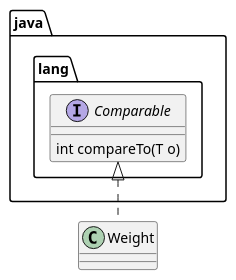
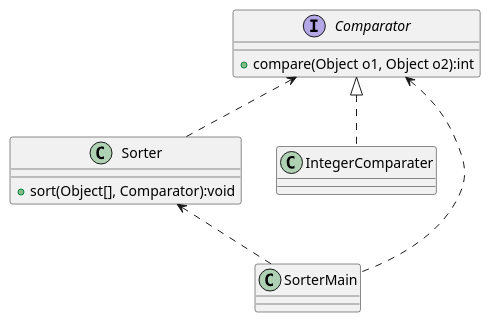
Before and after one commit to 201511101/j2_201511101: the diagram in model/w3.md, drawn with PlantUML.

Commit message:
w3 turtleobsmain

```diff
--- a/model/w3.md
+++ b/model/w3.md
@@ -1,6 +1,13 @@
 @startuml
-interface java.lang.Comparable {
-int compareTo(T o)
+interface Comparator {
++compare(Object o1, Object o2):int
 }
-java.lang.Comparable <|.. Weight
+
+class Sorter {
++sort(Object[], Comparator):void
+}
+Comparator <|.. IntegerComparater
+Comparator <.. Sorter
+SorterMain .up.> Comparator
+SorterMain .up.> Sorter
 @enduml
```
